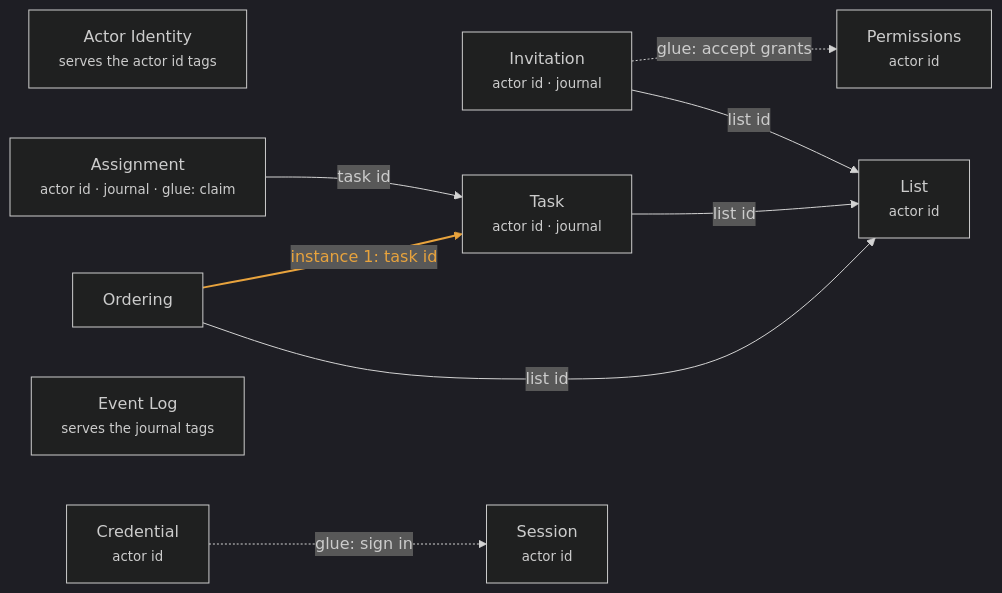
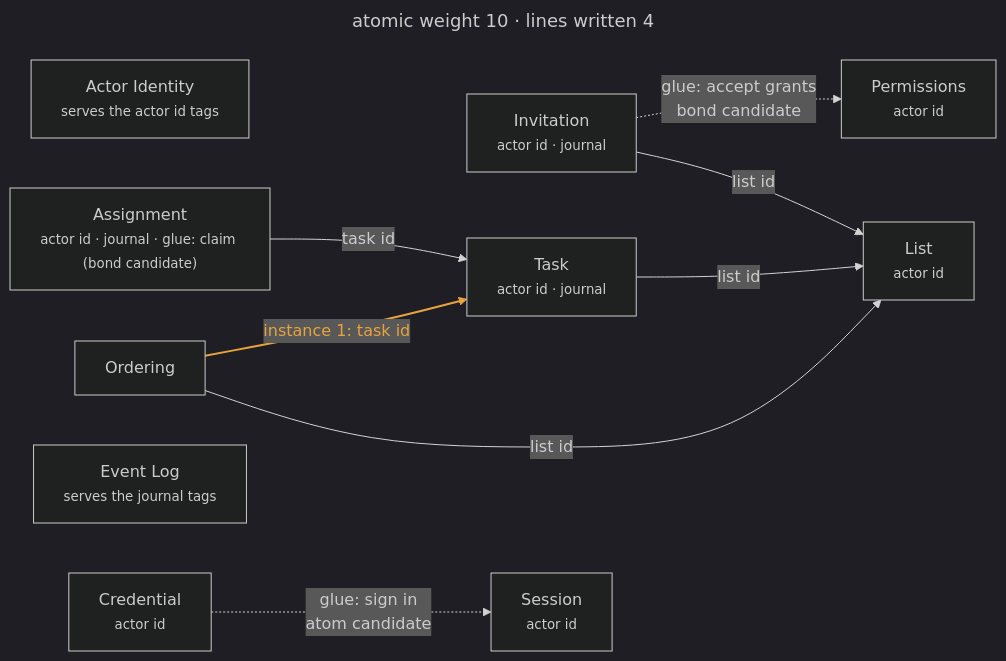
One commit to scottromack/grace-commons changed the diagram in library/apps/todo/connections.md. Above: the diagram before and after it, drawn with Mermaid. The commit also changed other lines of this file and 4 other files, not shown here.

First line of the commit message:
site: the connector diagram heads with the app's atomic weight and carries each glue line's birth tag

````diff
--- a/library/apps/todo/connections.md
+++ b/library/apps/todo/connections.md
@@ -15,22 +15,25 @@
 ```mermaid
+---
+title: atomic weight 10 · lines written 4
+---
 %%{init: {"theme": "dark", "flowchart": {"htmlLabels": true}} }%%
 flowchart LR
   c_actor_identity["Actor Identity<br/><small>serves the actor id tags</small>"]
-  c_assignment["Assignment<br/><small>actor id · journal · glue: claim</small>"]
+  c_assignment["Assignment<br/><small>actor id · journal · glue: claim (bond candidate)</small>"]
   c_credential["Credential<br/><small>actor id</small>"]
   c_event_log["Event Log<br/><small>serves the journal tags</small>"]
   c_invitation["Invitation<br/><small>actor id · journal</small>"]
   c_list["List<br/><small>actor id</small>"]
   c_ordering["Ordering"]
   c_permissions["Permissions<br/><small>actor id</small>"]
   c_session["Session<br/><small>actor id</small>"]
   c_task["Task<br/><small>actor id · journal</small>"]
   c_assignment -->|"task id"| c_task
   c_invitation -->|"list id"| c_list
   c_ordering -->|"list id"| c_list
   c_task -->|"list id"| c_list
   c_ordering -->|"instance 1: task id"| c_task
-  c_credential -.->|"glue: sign in"| c_session
-  c_invitation -.->|"glue: accept grants"| c_permissions
+  c_credential -.->|"glue: sign in<br/>atom candidate"| c_session
+  c_invitation -.->|"glue: accept grants<br/>bond candidate"| c_permissions
   linkStyle 4 stroke:#e8a33d,stroke-width:2px,color:#e8a33d
 ```
````
